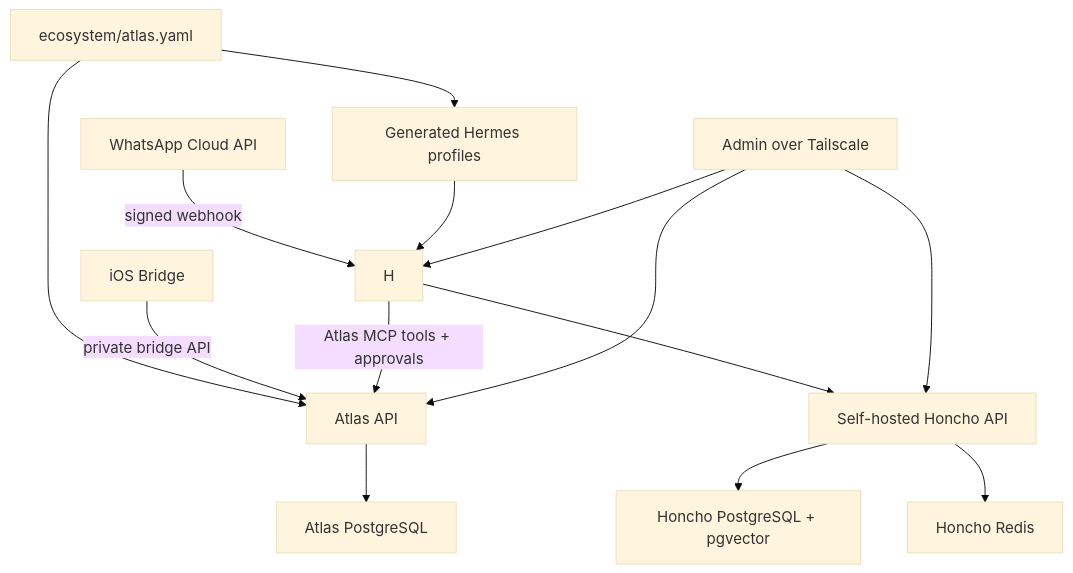
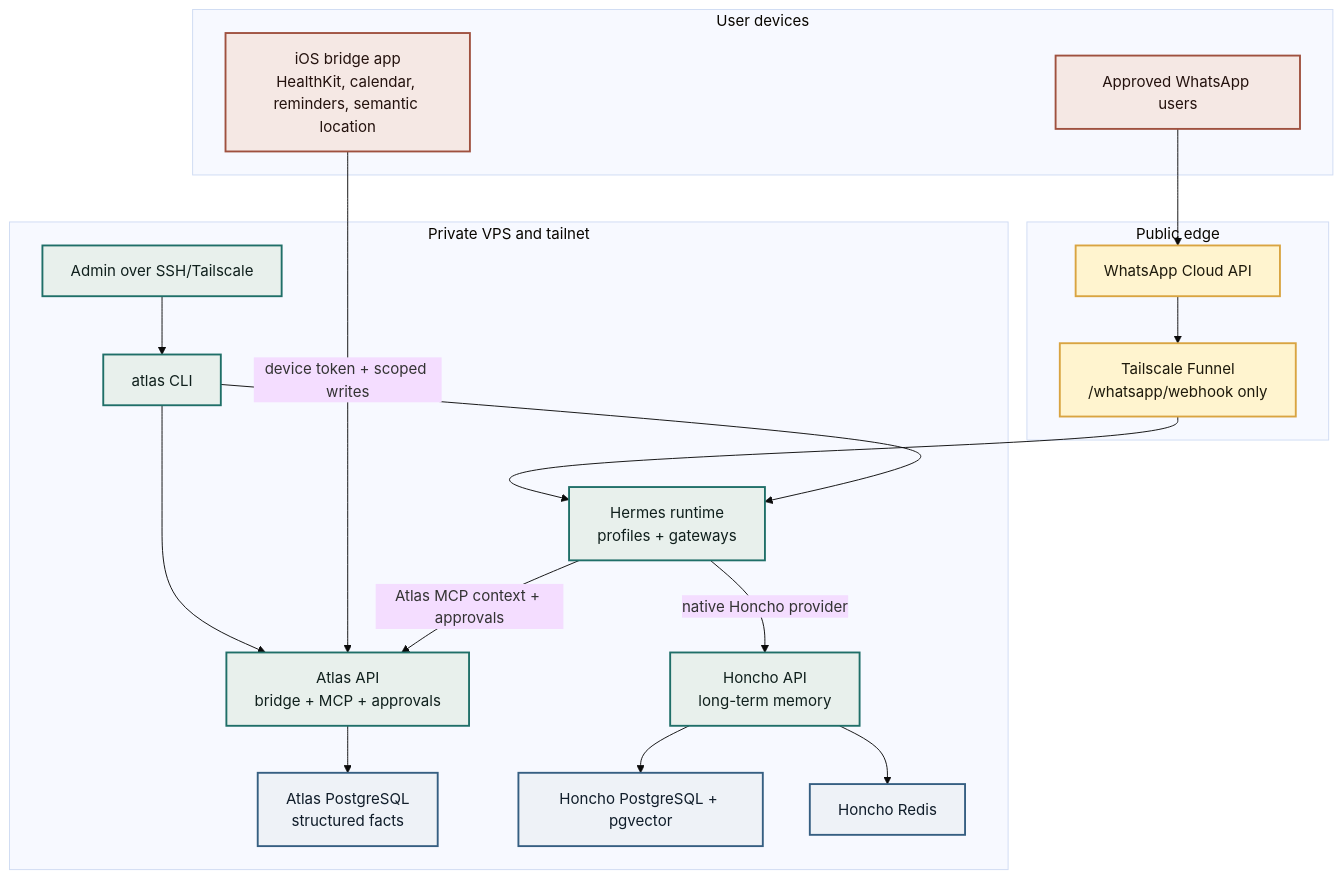
Before and after one commit to itspalomo/project-atlas: the first of 5 diagrams in docs/architecture.md, drawn with Mermaid (base theme). The commit also changed other lines of this file and 30 other files, not shown here.

````diff
--- a/docs/architecture.md
+++ b/docs/architecture.md
@@ -31,16 +7,44 @@
 ```mermaid
-flowchart TD
-  CFG["ecosystem/atlas.yaml"] --> API["Atlas API"]
-  CFG --> PROF["Generated Hermes profiles"]
-  WA["WhatsApp Cloud API"] -->|"signed webhook"| H
-  IOS["iOS Bridge"] -->|"private bridge API"| API
-  API --> PG["Atlas PostgreSQL"]
-  H -->|"Atlas MCP tools + approvals"| API
-  H --> HC["Self-hosted Honcho API"]
-  HC --> HPG["Honcho PostgreSQL + pgvector"]
-  HC --> HR["Honcho Redis"]
-  PROF --> H
-  Admin["Admin over Tailscale"] --> API
-  Admin --> H
-  Admin --> HC
+flowchart TB
+  subgraph Edge["Public edge"]
+    WA["WhatsApp Cloud API"]
+    Funnel["Tailscale Funnel\n/whatsapp/webhook only"]
+  end
+
+  subgraph Tailnet["Private VPS and tailnet"]
+    Admin["Admin over SSH/Tailscale"]
+    AtlasCLI["atlas CLI"]
+    API["Atlas API\nbridge + MCP + approvals"]
+    PG["Atlas PostgreSQL\nstructured facts"]
+    Hermes["Hermes runtime\nprofiles + gateways"]
+    Honcho["Honcho API\nlong-term memory"]
+    HPG["Honcho PostgreSQL + pgvector"]
+    HRedis["Honcho Redis"]
+  end
+
+  subgraph Devices["User devices"]
+    IOS["iOS bridge app\nHealthKit, calendar, reminders, semantic location"]
+    User["Approved WhatsApp users"]
+  end
+
+  WA --> Funnel --> Hermes
+  User --> WA
+  Admin --> AtlasCLI
+  AtlasCLI --> API
+  AtlasCLI --> Hermes
+  IOS -->|"device token + scoped writes"| API
+  Hermes -->|"Atlas MCP context + approvals"| API
+  API --> PG
+  Hermes -->|"native Honcho provider"| Honcho
+  Honcho --> HPG
+  Honcho --> HRedis
+
+  classDef edge fill:#fff4cf,stroke:#d9a441,color:#1e1a0c,stroke-width:2px;
+  classDef private fill:#e8f0ec,stroke:#1f6f68,color:#10201d,stroke-width:2px;
+  classDef data fill:#eef2f7,stroke:#365f82,color:#101d2a,stroke-width:2px;
+  classDef device fill:#f5e8e4,stroke:#9f513f,color:#24120e,stroke-width:2px;
+  class WA,Funnel edge;
+  class Admin,AtlasCLI,API,Hermes,Honcho private;
+  class PG,HPG,HRedis data;
+  class IOS,User device;
 ```
````
